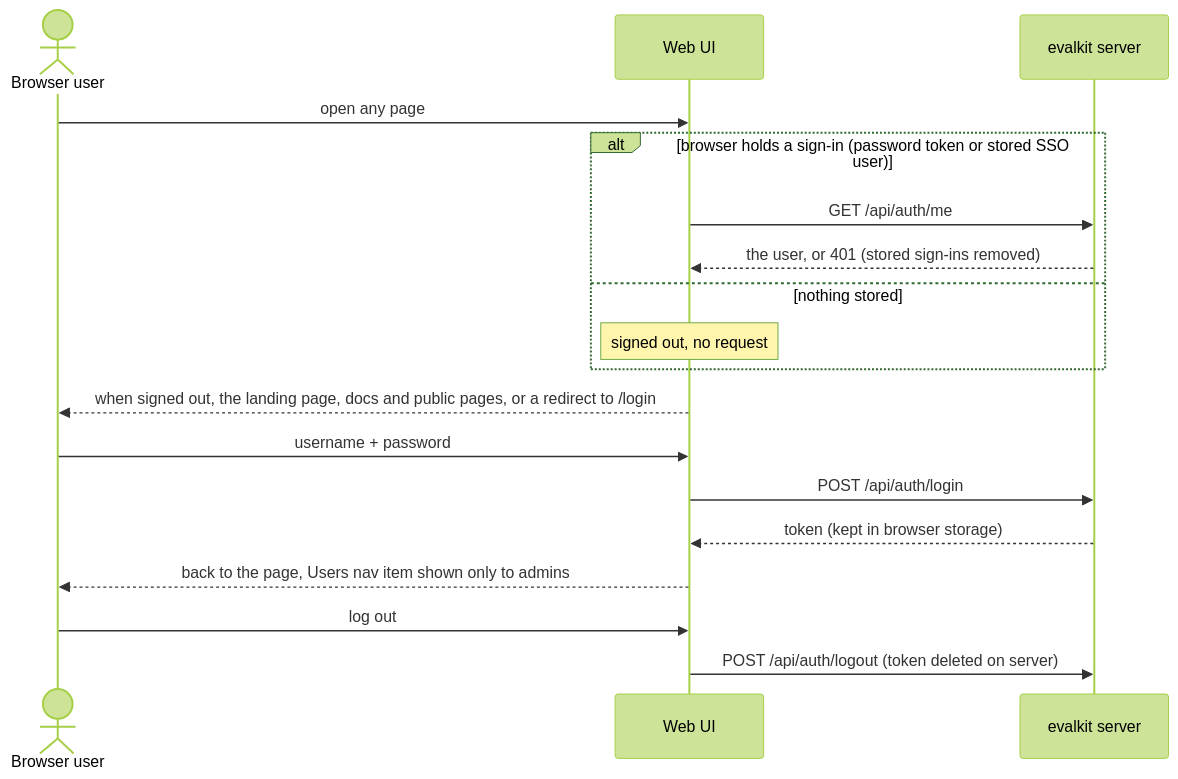
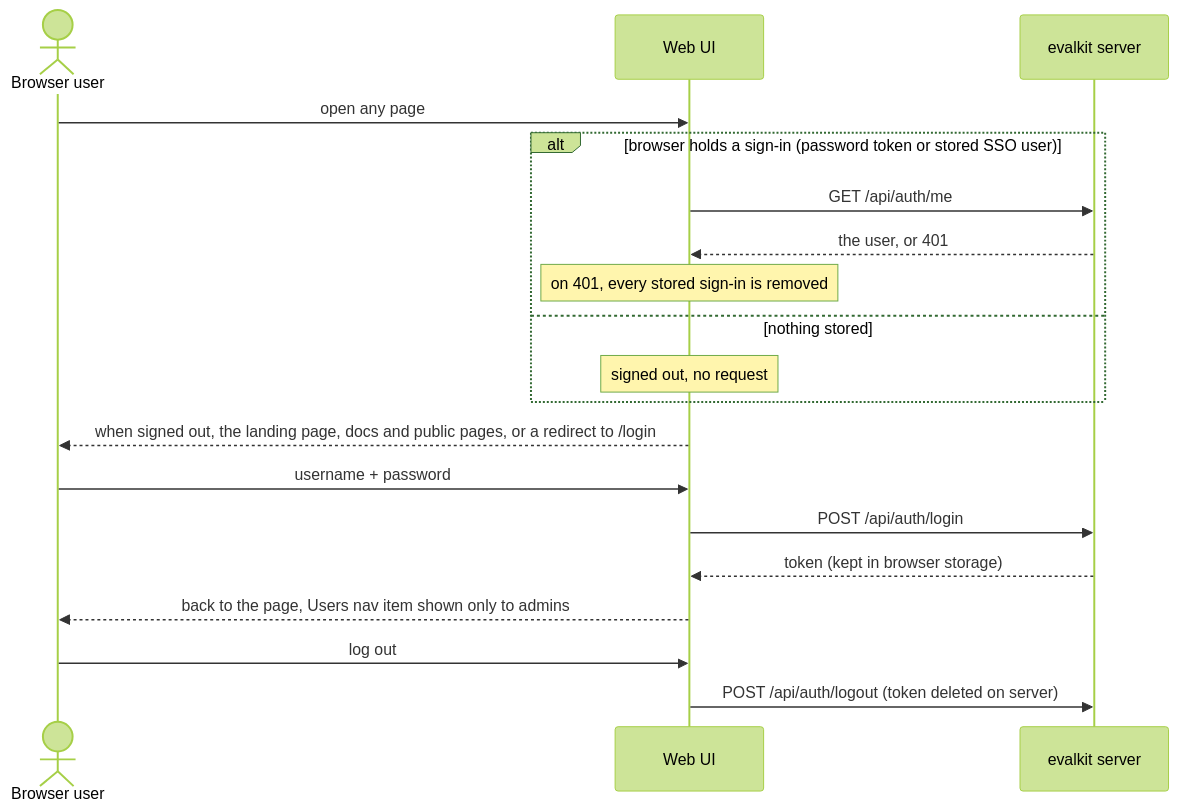
The third of 3 diagrams in docs/flows/01-install-login.md (inferedge-ai/evalkit), drawn with Mermaid (forest theme) before and after one commit. The commit also changed 3 other files, not shown here.

Commit message:
Sign out locally by removing stored sign-ins, without loading the sign-in options

````diff
--- a/docs/flows/01-install-login.md
+++ b/docs/flows/01-install-login.md
@@ -61,20 +61,21 @@
 ```mermaid
 sequenceDiagram
   actor U as Browser user
   participant UI as Web UI
   participant S as evalkit server
   U->>UI: open any page
   alt browser holds a sign-in (password token or stored SSO user)
     UI->>S: GET /api/auth/me
-    S-->>UI: the user, or 401 (stored sign-ins removed)
+    S-->>UI: the user, or 401
+    Note over UI: on 401, every stored sign-in is removed
   else nothing stored
     Note over UI: signed out, no request
   end
   UI-->>U: when signed out, the landing page, docs and public pages, or a redirect to /login
   U->>UI: username + password
   UI->>S: POST /api/auth/login
   S-->>UI: token (kept in browser storage)
   UI-->>U: back to the page, Users nav item shown only to admins
   U->>UI: log out
   UI->>S: POST /api/auth/logout (token deleted on server)
 ```
````
